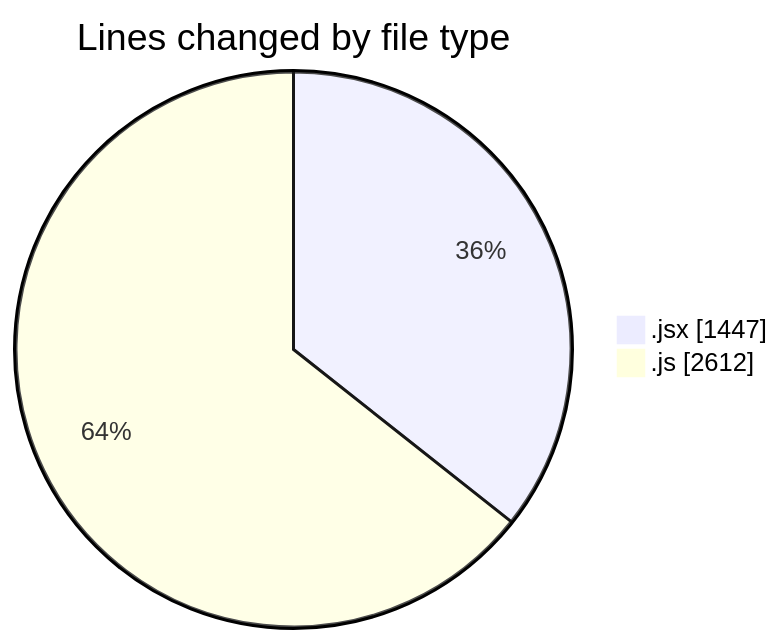
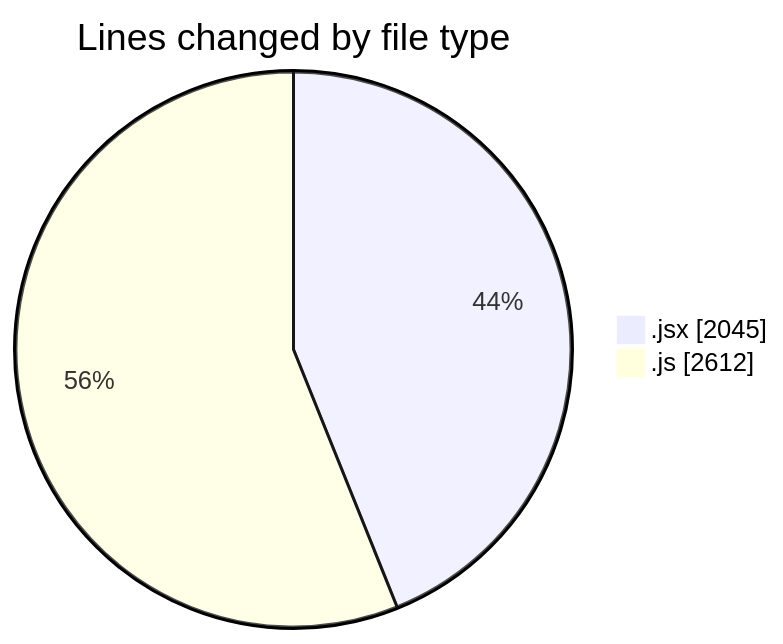
Before and after one commit to nxtqubesakshisongat/code-tracking: the first of 2 diagrams in 2025-09-15/nxtqube_webapp/README.md, drawn with Mermaid. The commit also changed other lines of this file and 1 other file, not shown here.

````diff
--- a/2025-09-15/nxtqube_webapp/README.md
+++ b/2025-09-15/nxtqube_webapp/README.md
@@ -22,6 +23,6 @@
 ```mermaid
 pie showData
 title Lines changed by file type
-".jsx" : 1447
+".jsx" : 2045
 ".js" : 2612
 ```
````
